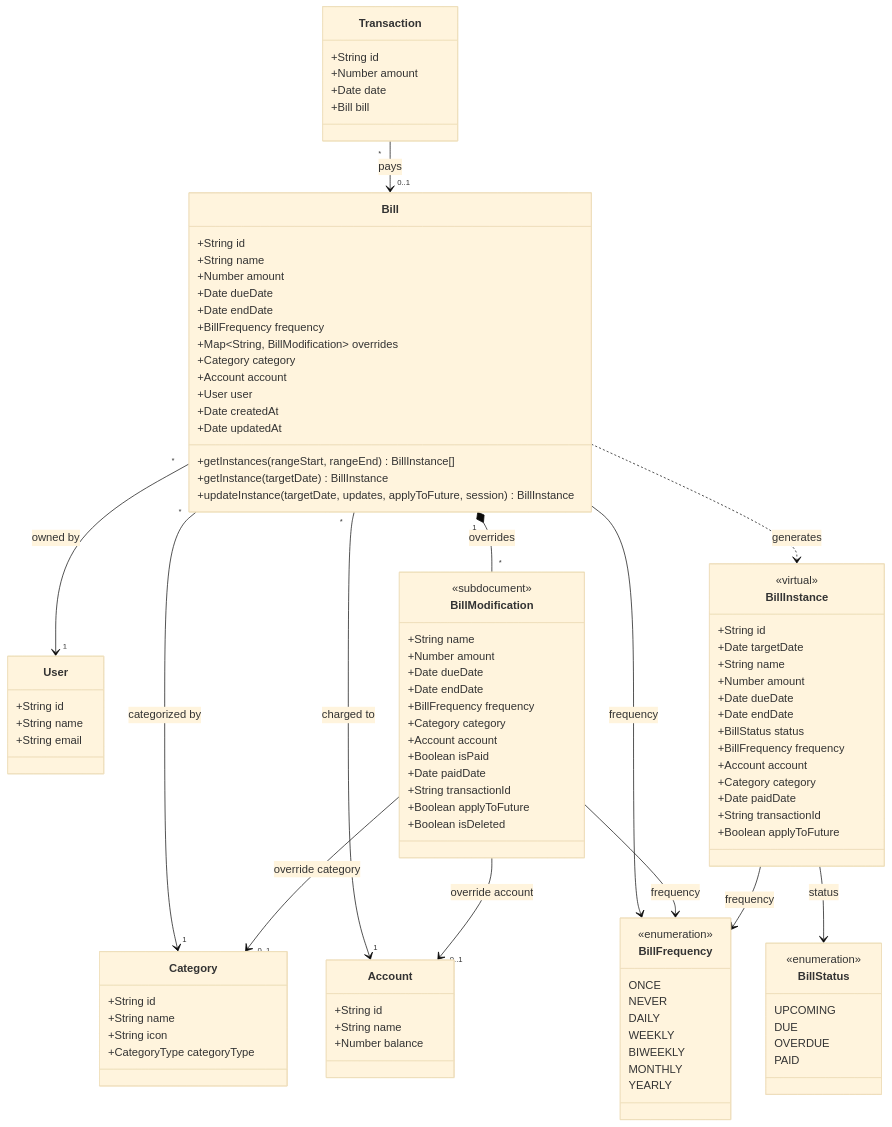
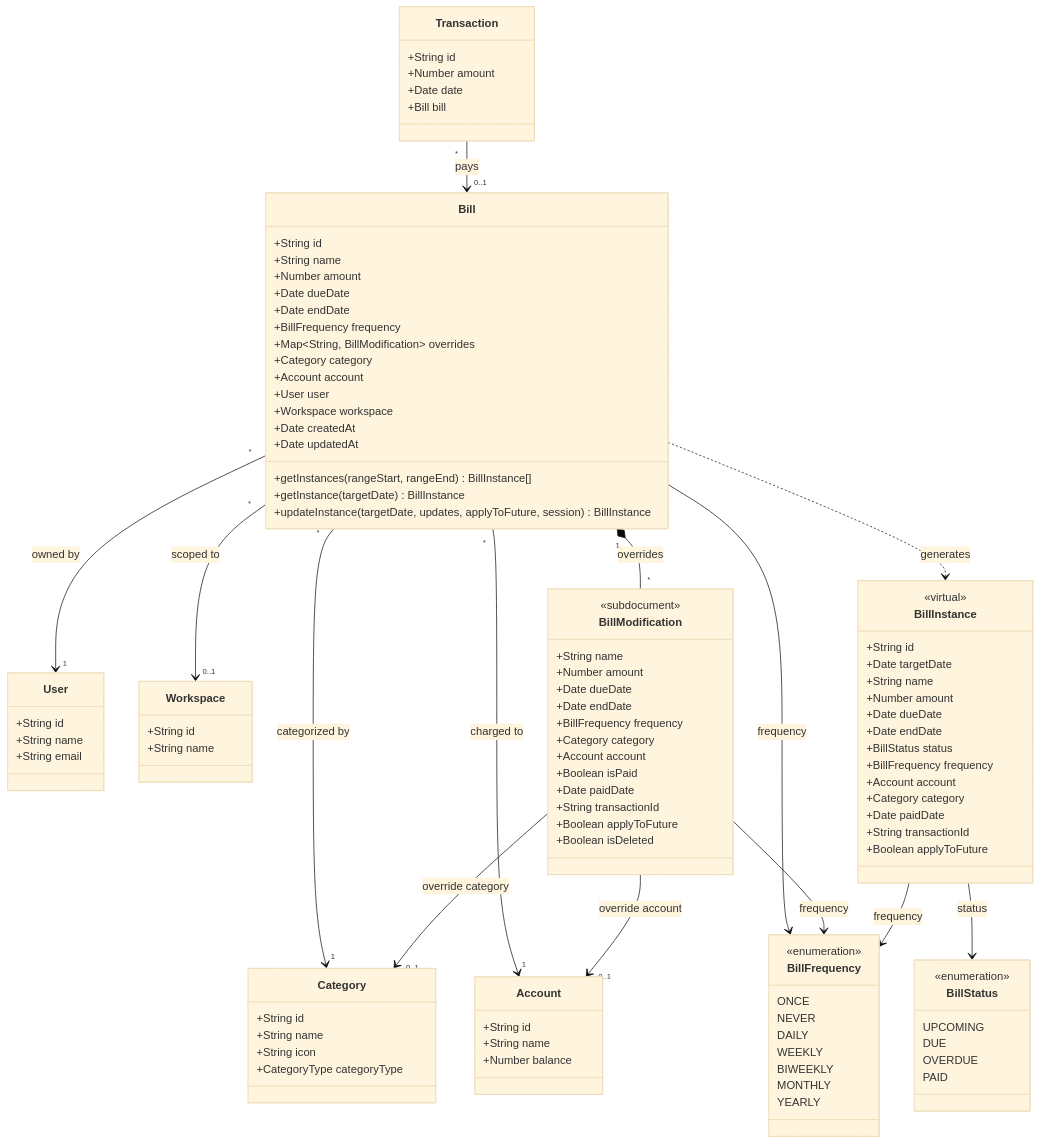
One commit to acastillo9/budget changed the diagram in budget-api/docs/class-diagram.billing-module.md. Above: the diagram before and after it, drawn with Mermaid (base theme). The commit also changed 86 other files, not shown here.

```diff
--- a/budget-api/docs/class-diagram.billing-module.md
+++ b/budget-api/docs/class-diagram.billing-module.md
@@ -11,6 +11,11 @@
         +String id
         +String name
         +String email
+    }
+
+    class Workspace {
+        +String id
+        +String name
     }
 
     class Account {
@@ -48,6 +53,7 @@
         +Category category
         +Account account
         +User user
+        +Workspace workspace
         +Date createdAt
         +Date updatedAt
         +getInstances(rangeStart, rangeEnd) BillInstance[]
@@ -121,6 +127,7 @@
 
     %% Bill core relationships
     Bill "*" --> "1" User : owned by
+    Bill "*" --> "0..1" Workspace : scoped to
     Bill "*" --> "1" Category : categorized by
     Bill "*" --> "1" Account : charged to
     Bill --> BillFrequency : frequency
```
